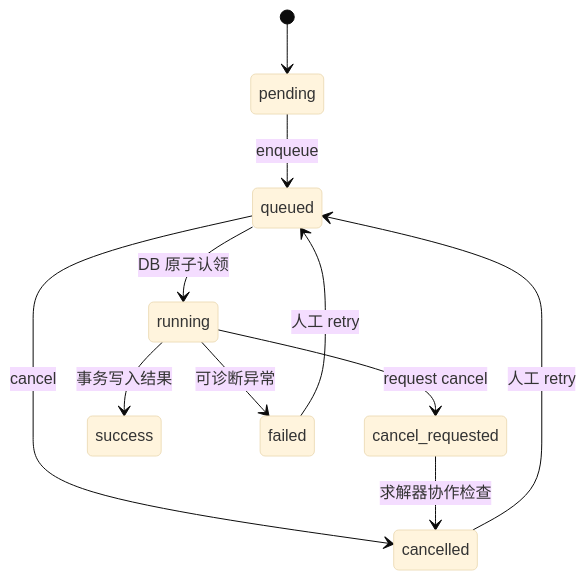
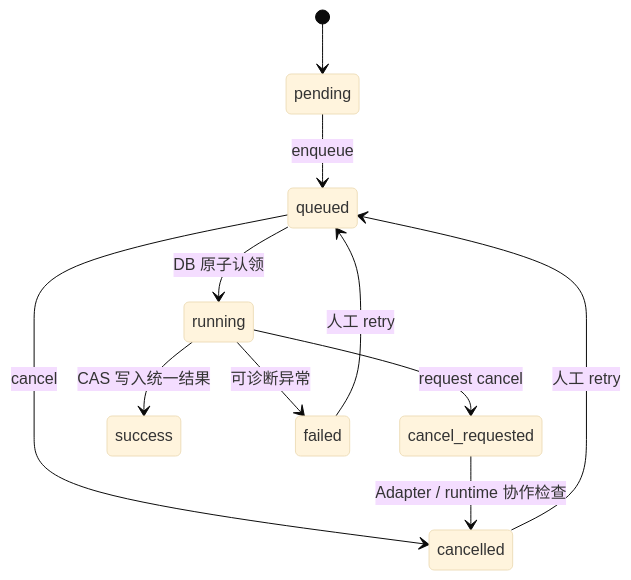
One commit to zj1310426307-stack/dayu-tiangong changed the diagram in docs/worker/task_lifecycle.md. Above: the diagram before and after it, drawn with Mermaid (base theme). The commit also changed other lines of this file and 394 other files, not shown here.

````diff
--- a/docs/worker/task_lifecycle.md
+++ b/docs/worker/task_lifecycle.md
@@ -5,13 +5,13 @@
 ```mermaid
 stateDiagram-v2
   [*] --> pending
   pending --> queued: enqueue
   queued --> running: DB 原子认领
   queued --> cancelled: cancel
   running --> cancel_requested: request cancel
-  cancel_requested --> cancelled: 求解器协作检查
-  running --> success: 事务写入结果
+  cancel_requested --> cancelled: Adapter / runtime 协作检查
+  running --> success: CAS 写入统一结果
   running --> failed: 可诊断异常
   failed --> queued: 人工 retry
   cancelled --> queued: 人工 retry
 ```
````
